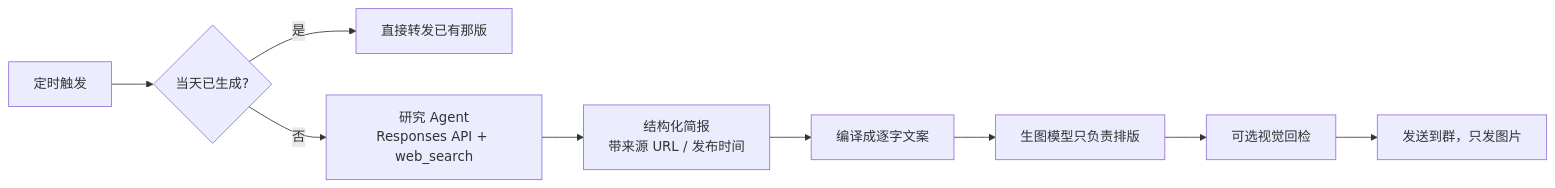
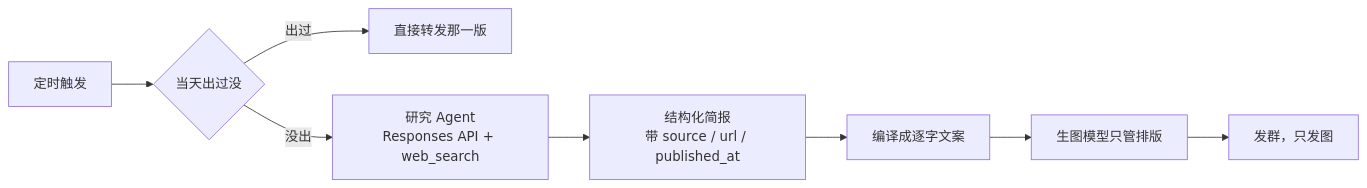
The diagram in README.md (Cnxiaohun/astrbot_plugin_daily_newspaper), drawn with Mermaid before and after one commit. The commit also changed other lines of this file and 4 other files, not shown here.

````diff
--- a/README.md
+++ b/README.md
@@ -50,11 +58,10 @@
 ```mermaid
 flowchart LR
-    A[定时触发] --> B{当天已生成?}
-    B -- 是 --> R[直接转发已有那版]
-    B -- 否 --> C[研究 Agent<br/>Responses API + web_search]
-    C --> D[结构化简报<br/>带来源 URL / 发布时间]
+    A[定时触发] --> B{当天出过没}
+    B -- 出过 --> R[直接转发那一版]
+    B -- 没出 --> C[研究 Agent<br/>Responses API + web_search]
+    C --> D[结构化简报<br/>带 source / url / published_at]
     D --> E[编译成逐字文案]
-    E --> F[生图模型只负责排版]
-    F --> G[可选视觉回检]
-    G --> H[发送到群，只发图片]
+    E --> F[生图模型只管排版]
+    F --> G[发群，只发图]
 ```
````
